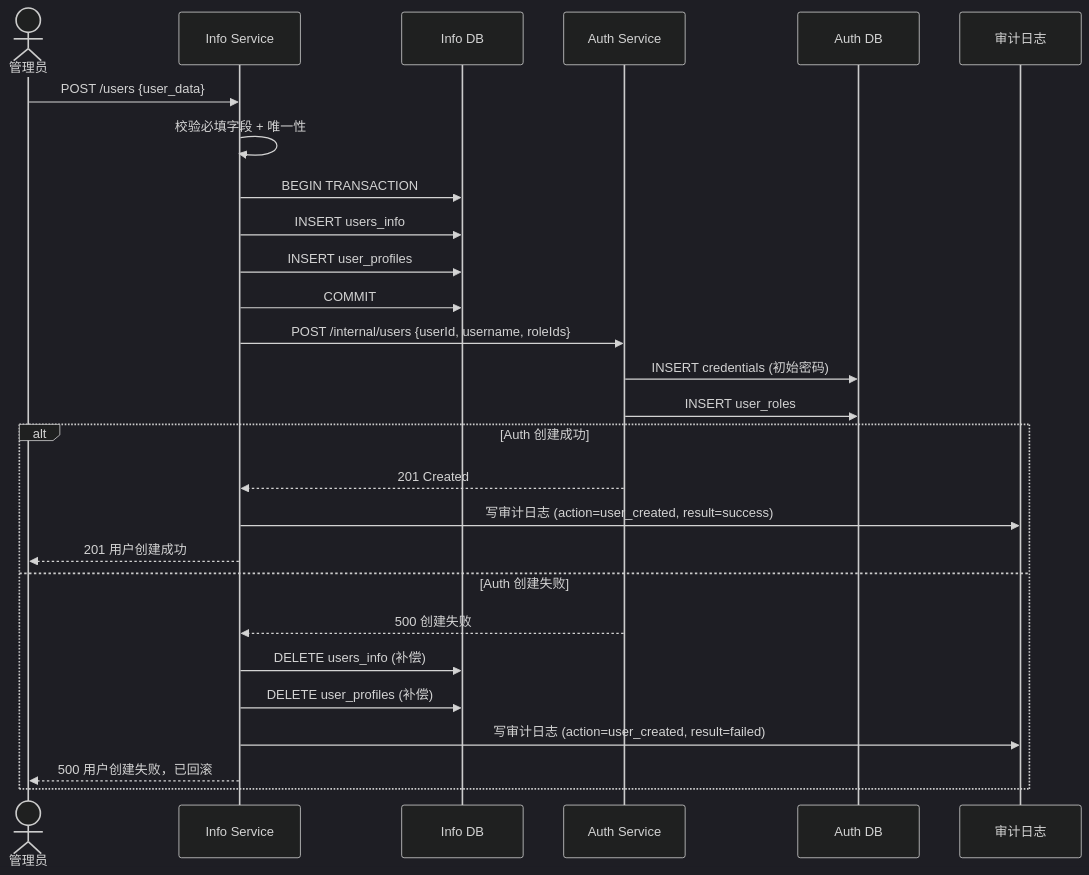
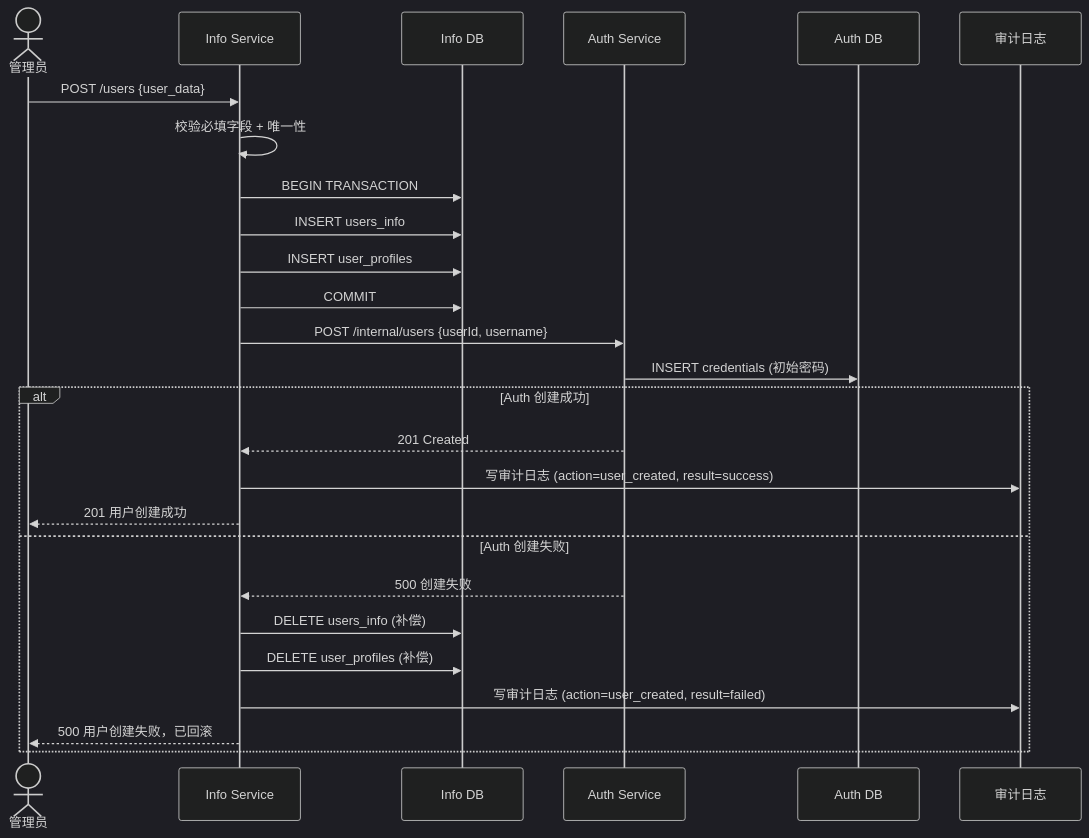
One commit to au12321ua/group1-base changed the first of 6 diagrams in docs/design/v2/06-business-flows.md. Above: the diagram before and after it, drawn with Mermaid (dark theme). The commit also changed other lines of this file and 6 other files, not shown here.

````diff
--- a/docs/design/v2/06-business-flows.md
+++ b/docs/design/v2/06-business-flows.md
@@ -5,32 +5,31 @@
 ```mermaid
 sequenceDiagram
     actor Admin as 管理员
     participant Info as Info Service
     participant InfoDB as Info DB
     participant Auth as Auth Service
     participant AuthDB as Auth DB
     participant Audit as 审计日志
 
     Admin->>Info: POST /users {user_data}
     Info->>Info: 校验必填字段 + 唯一性
     Info->>InfoDB: BEGIN TRANSACTION
     Info->>InfoDB: INSERT users_info
     Info->>InfoDB: INSERT user_profiles
     Info->>InfoDB: COMMIT
 
-    Info->>Auth: POST /internal/users {userId, username, roleIds}
+    Info->>Auth: POST /internal/users {userId, username}
     Auth->>AuthDB: INSERT credentials (初始密码)
-    Auth->>AuthDB: INSERT user_roles
 
     alt Auth 创建成功
         Auth-->>Info: 201 Created
         Info->>Audit: 写审计日志 (action=user_created, result=success)
         Info-->>Admin: 201 用户创建成功
     else Auth 创建失败
         Auth-->>Info: 500 创建失败
         Info->>InfoDB: DELETE users_info (补偿)
         Info->>InfoDB: DELETE user_profiles (补偿)
         Info->>Audit: 写审计日志 (action=user_created, result=failed)
         Info-->>Admin: 500 用户创建失败，已回滚
     end
 ```
````
